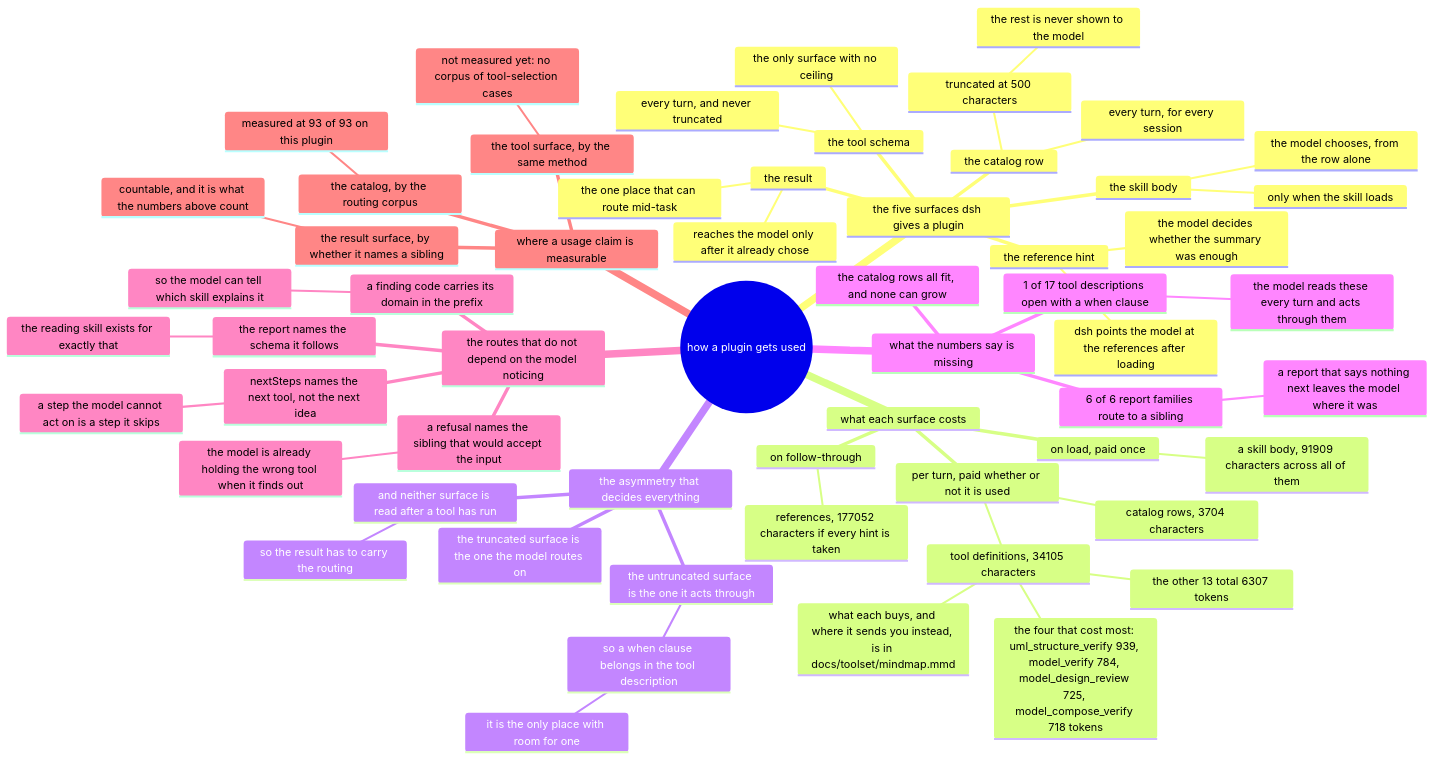
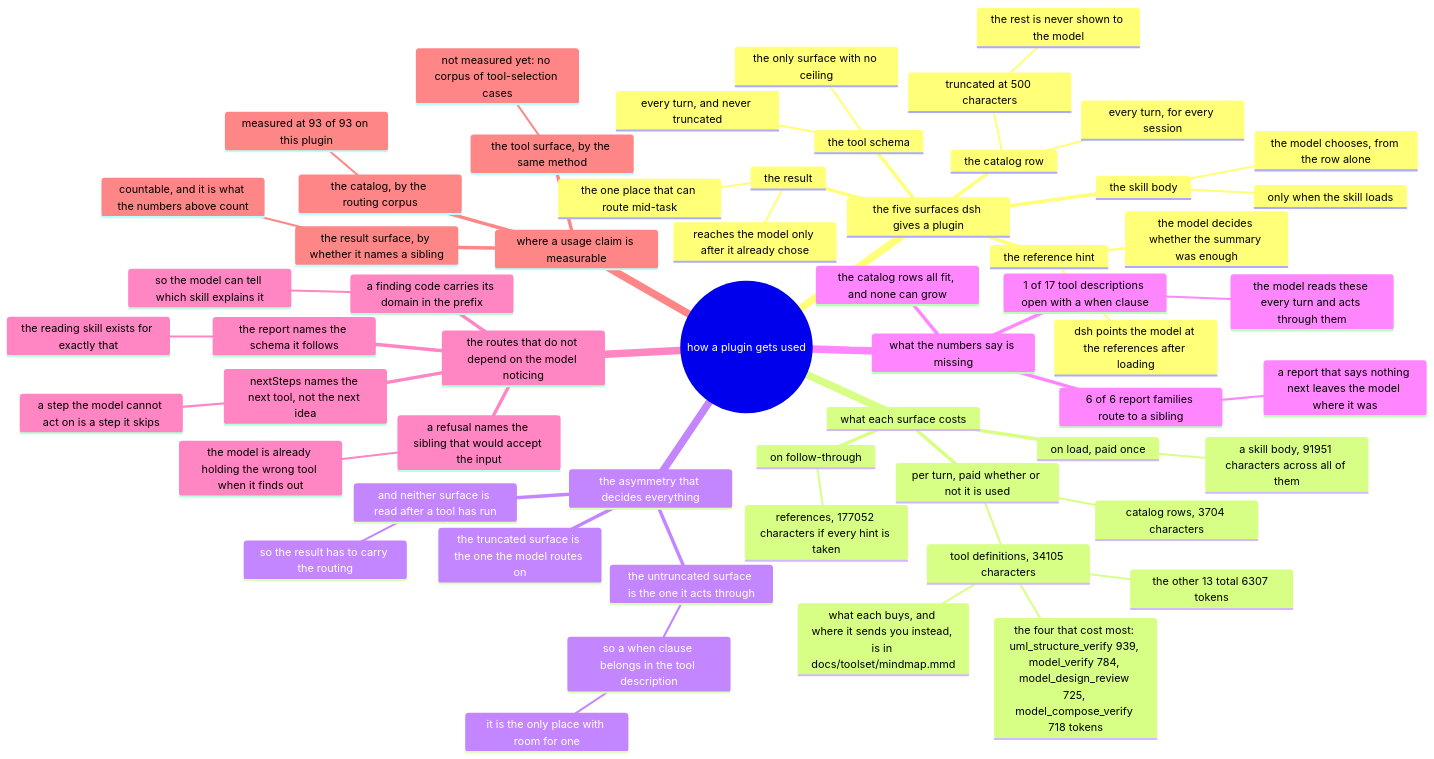
One commit to AmethystLuna/dsh-model-everything changed the diagram in docs/usage/mindmap.mmd. Above: the diagram before and after it, drawn with Mermaid. The commit also changed 11 other files, not shown here.

```diff
--- a/docs/usage/mindmap.mmd
+++ b/docs/usage/mindmap.mmd
@@ -1,59 +1,59 @@
 mindmap
 root((how a plugin gets used))
   the five surfaces dsh gives a plugin
     the catalog row
       every turn, for every session
       truncated at 500 characters
         the rest is never shown to the model
     the skill body
       only when the skill loads
       the model chooses, from the row alone
     the reference hint
       dsh points the model at the references after loading
       the model decides whether the summary was enough
     the tool schema
       every turn, and never truncated
       the only surface with no ceiling
     the result
       reaches the model only after it already chose
       the one place that can route mid-task
   what each surface costs
     per turn, paid whether or not it is used
       catalog rows, 3704 characters
       tool definitions, 34105 characters
         the four that cost most: uml_structure_verify 939, model_verify 784, model_design_review 725, model_compose_verify 718 tokens
         the other 13 total 6307 tokens
         what each buys, and where it sends you instead, is in docs/toolset/mindmap.mmd
     on load, paid once
-      a skill body, 91909 characters across all of them
+      a skill body, 91951 characters across all of them
     on follow-through
       references, 177052 characters if every hint is taken
   the asymmetry that decides everything
     the truncated surface is the one the model routes on
     the untruncated surface is the one it acts through
       so a when clause belongs in the tool description
         it is the only place with room for one
     and neither surface is read after a tool has run
       so the result has to carry the routing
   what the numbers say is missing
     1 of 17 tool descriptions open with a when clause
       the model reads these every turn and acts through them
     6 of 6 report families route to a sibling
       a report that says nothing next leaves the model where it was
     the catalog rows all fit, and none can grow
   the routes that do not depend on the model noticing
     a refusal names the sibling that would accept the input
       the model is already holding the wrong tool when it finds out
     nextSteps names the next tool, not the next idea
       a step the model cannot act on is a step it skips
     a finding code carries its domain in the prefix
       so the model can tell which skill explains it
     the report names the schema it follows
       the reading skill exists for exactly that
   where a usage claim is measurable
     the catalog, by the routing corpus
       measured at 93 of 93 on this plugin
     the tool surface, by the same method
       not measured yet: no corpus of tool-selection cases
     the result surface, by whether it names a sibling
       countable, and it is what the numbers above count
```
